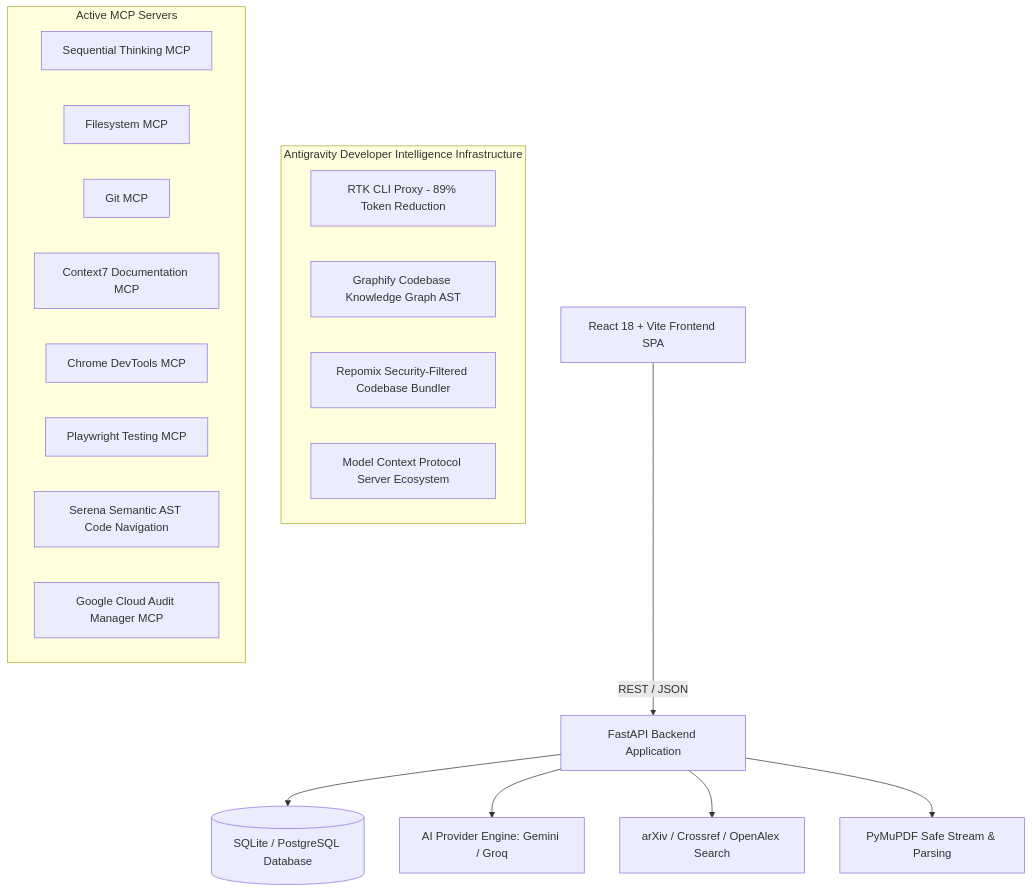
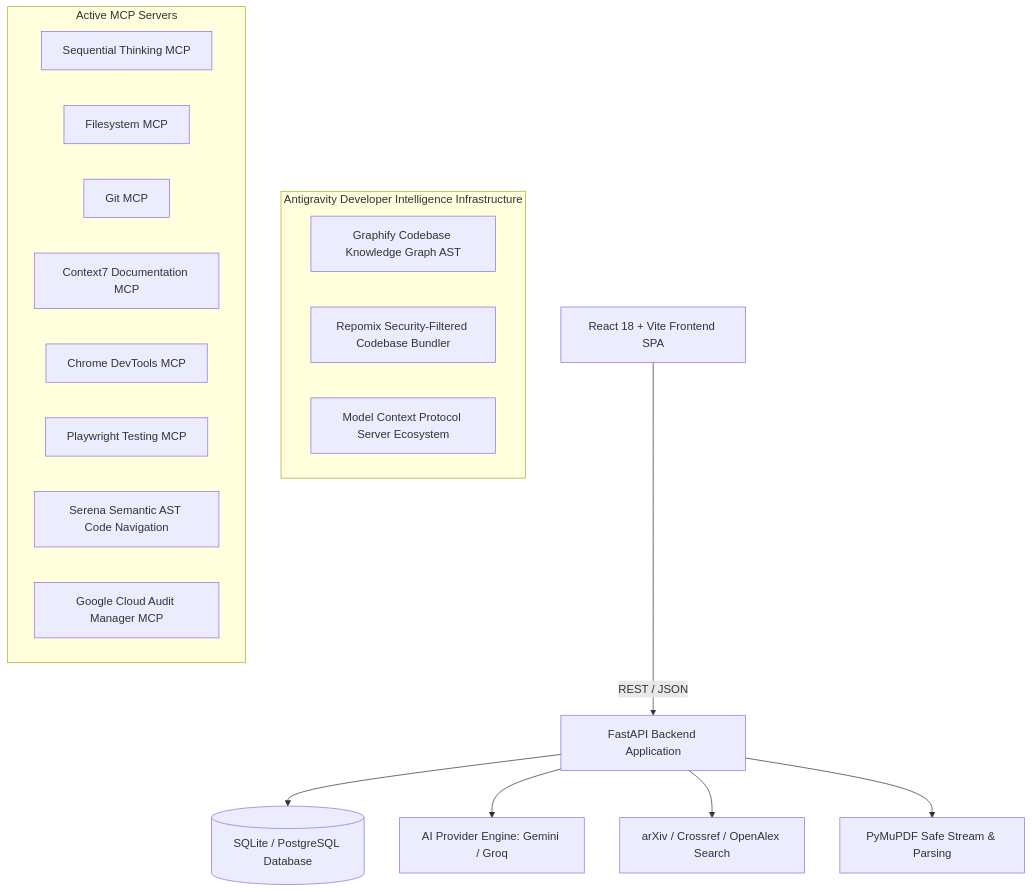
Before and after one commit to KaloNakre/ROSS-SEARCH: the diagram in ARCHITECTURE.md, drawn with Mermaid. The commit also changed 8 other files, not shown here.

````diff
--- a/ARCHITECTURE.md
+++ b/ARCHITECTURE.md
@@ -3,26 +3,25 @@
 ```mermaid
 graph TD
     Client[React 18 + Vite Frontend SPA] -->|REST / JSON| Gateway[FastAPI Backend Application]
     Gateway --> DB[(SQLite / PostgreSQL Database)]
     Gateway --> AIService[AI Provider Engine: Gemini / Groq]
     Gateway --> AcademicFederation[arXiv / Crossref / OpenAlex Search]
     Gateway --> PDFEngine[PyMuPDF Safe Stream & Parsing]
     
     subgraph Antigravity Developer Intelligence Infrastructure
-        RTK[RTK CLI Proxy - 89% Token Reduction]
         Graphify[Graphify Codebase Knowledge Graph AST]
         Repomix[Repomix Security-Filtered Codebase Bundler]
         MCP[Model Context Protocol Server Ecosystem]
     end
     
     subgraph Active MCP Servers
         SeqThinking[Sequential Thinking MCP]
         FSMCP[Filesystem MCP]
         GitMCP[Git MCP]
         Context7MCP[Context7 Documentation MCP]
         DevToolsMCP[Chrome DevTools MCP]
         PlaywrightMCP[Playwright Testing MCP]
         SerenaMCP[Serena Semantic AST Code Navigation]
         AuditMCP[Google Cloud Audit Manager MCP]
     end
 ```
````
